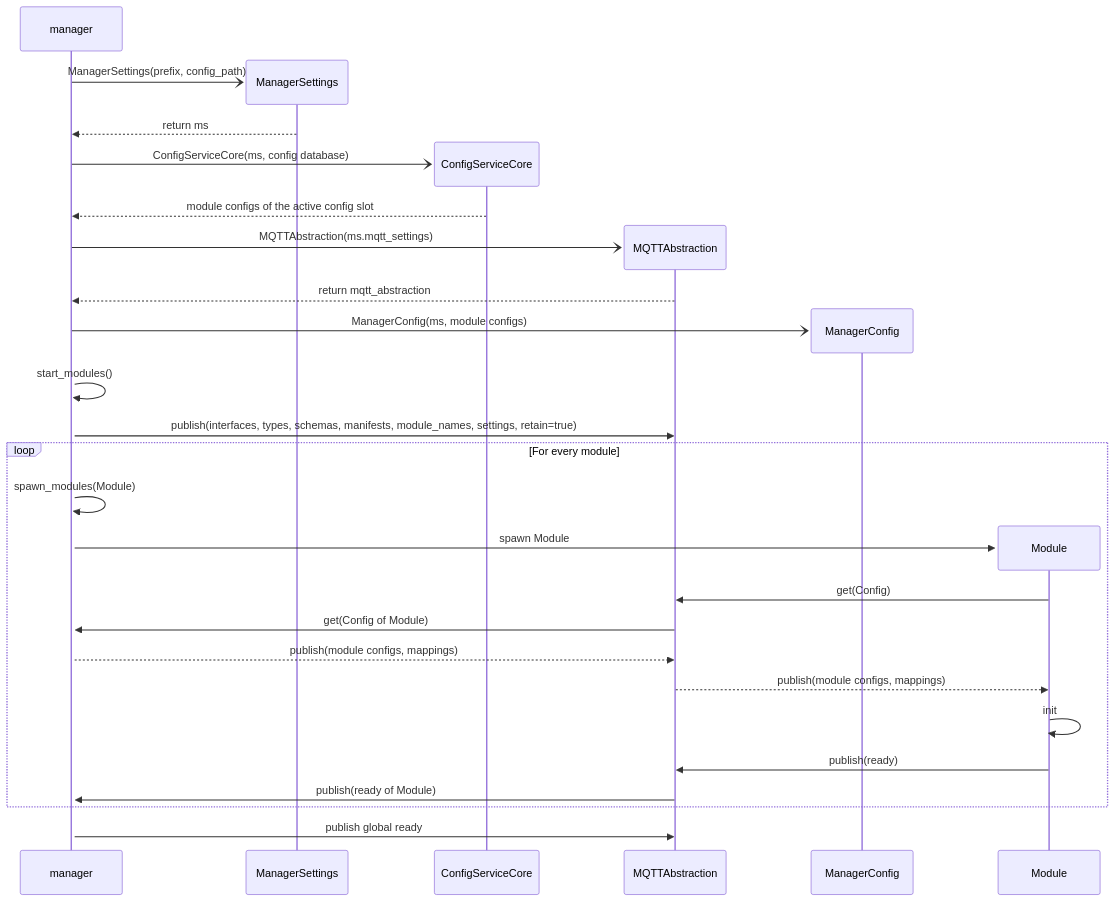
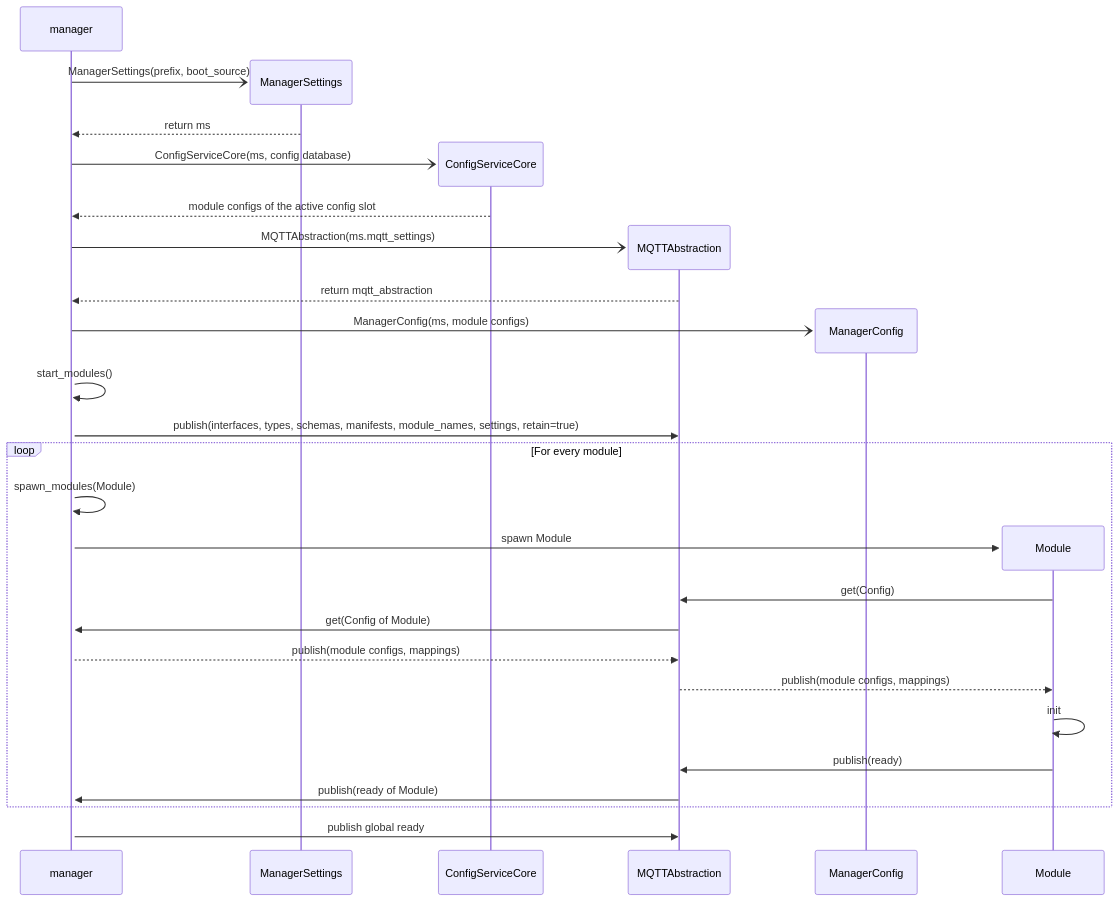
Before and after one commit to EVerest/EVerest: the first of 2 diagrams in lib/everest/framework/docs/MQTTConfigDistribution.md, drawn with Mermaid. The commit also changed other lines of this file and 21 other files, not shown here.

First line of the commit message:
feat(framework): add --settings option for manager settings

````diff
--- a/lib/everest/framework/docs/MQTTConfigDistribution.md
+++ b/lib/everest/framework/docs/MQTTConfigDistribution.md
@@ -23,31 +23,31 @@
 ```mermaid
 sequenceDiagram
     create participant manager
     create participant ManagerSettings
-    manager-)ManagerSettings: ManagerSettings(prefix, config_path)
+    manager-)ManagerSettings: ManagerSettings(prefix, boot_source)
     ManagerSettings-->>manager: return ms
     create participant ConfigServiceCore
     manager-)ConfigServiceCore: ConfigServiceCore(ms, config database)
     ConfigServiceCore-->>manager: module configs of the active config slot
     create participant MQTTAbstraction
     manager-)MQTTAbstraction: MQTTAbstraction(ms.mqtt_settings)
     MQTTAbstraction-->>manager: return mqtt_abstraction
     create participant ManagerConfig
     manager-)ManagerConfig: ManagerConfig(ms, module configs)
     activate manager
     manager->>manager: start_modules()
     manager->>MQTTAbstraction: publish(interfaces, types, schemas, manifests, module_names, settings, retain=true)
     loop For every module
         manager->>manager: spawn_modules(Module)
         create participant Module
         manager->>Module: spawn Module
         Module->>MQTTAbstraction: get(Config)
         MQTTAbstraction->>manager: get(Config of Module)
         manager-->>MQTTAbstraction: publish(module configs, mappings)
         MQTTAbstraction-->>Module: publish(module configs, mappings)
         Module->>Module: init
         Module->>MQTTAbstraction: publish(ready)
         MQTTAbstraction->>manager: publish(ready of Module)
     end
     manager->>MQTTAbstraction: publish global ready
 ```
````
